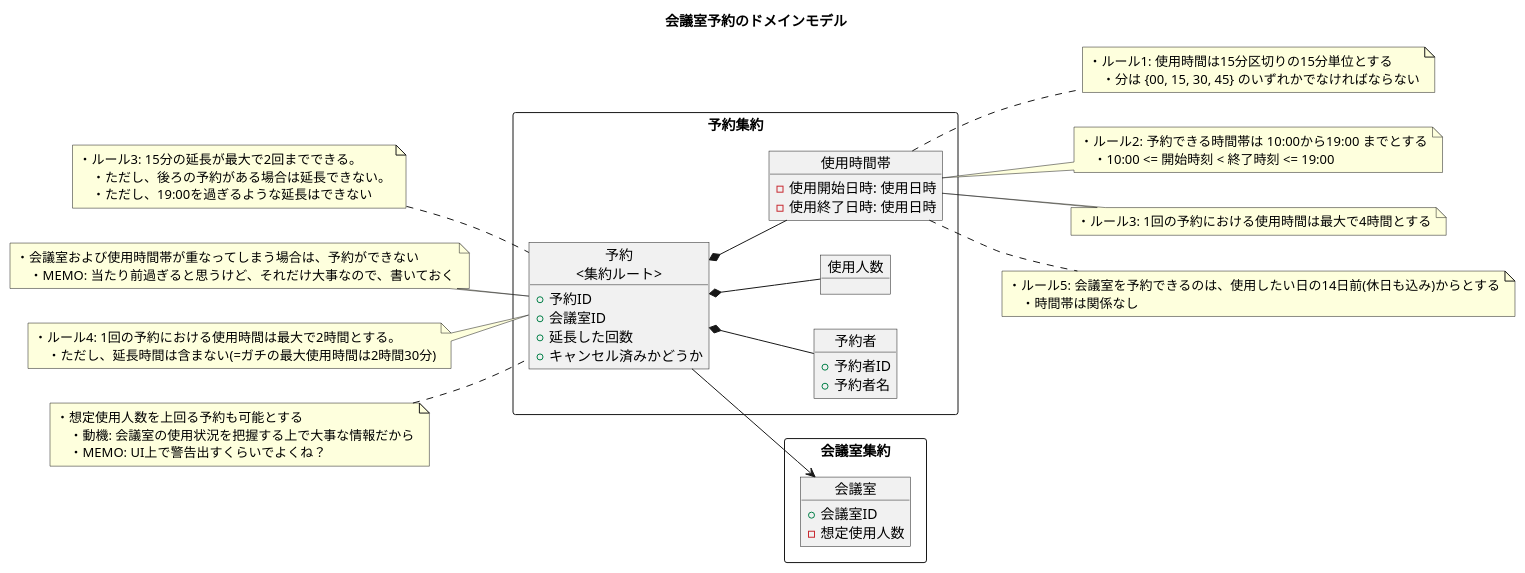
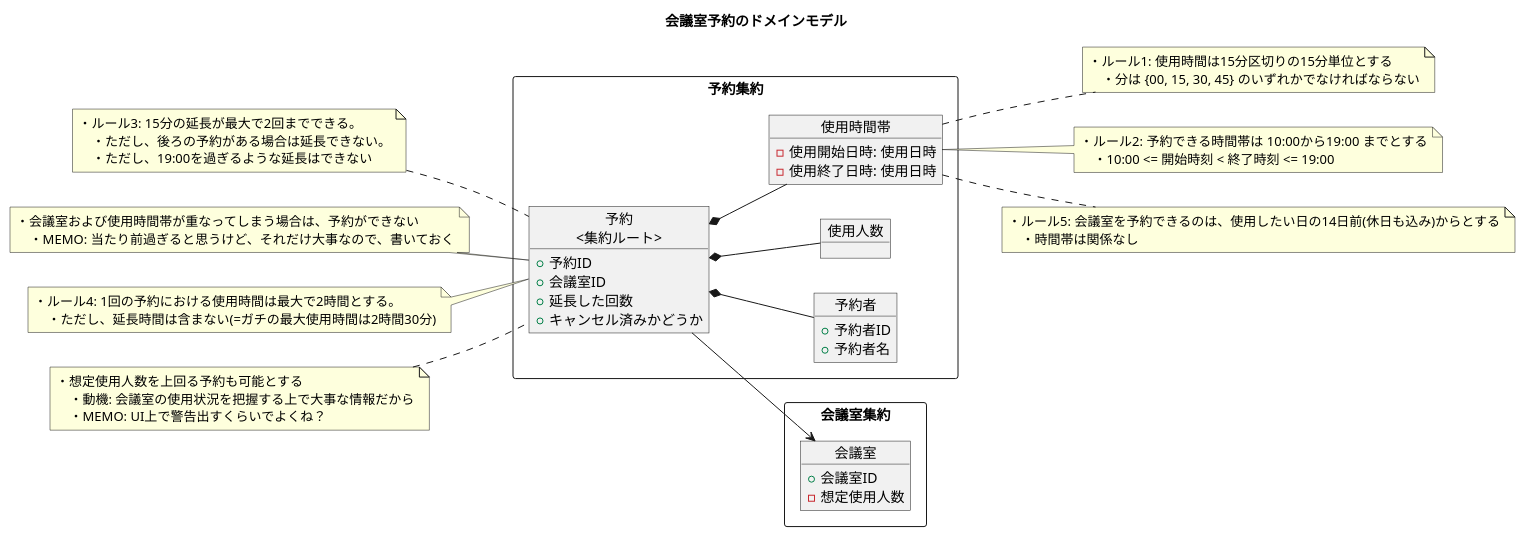
The diagram in diagram/ドメインモデル.puml (ModelingKai/meeting-room-python), drawn with PlantUML before and after one commit. The commit also changed 6 other files, not shown here.

```diff
--- a/diagram/ドメインモデル.puml
+++ b/diagram/ドメインモデル.puml
@@ -1,91 +1,88 @@
 @startuml
 
 title 会議室予約のドメインモデル
 
 left to right direction
 
 
 rectangle 予約集約 {
     object "予約\n<集約ルート>" as c1 {
         + 予約ID
         + 会議室ID
         + 延長した回数
         + キャンセル済みかどうか
     }
 
     object 予約者 {
         + 予約者ID
         + 予約者名
     }
 
     object 使用人数 {
     }
 
     object 使用時間帯 {
         - 使用開始日時: 使用日時
         - 使用終了日時: 使用日時
     }
 }
 
 
 rectangle 会議室集約 {
     object 会議室 {
         + 会議室ID
         - 想定使用人数
     }
 }
 
 
 c1 --> 会議室
 c1 *-- 予約者
 c1 *-- 使用人数
 c1 *-- 使用時間帯
 
 ' ===== 予約 =====
 note left of c1
 ・ルール3: 15分の延長が最大で2回までできる。
     ・ただし、後ろの予約がある場合は延長できない。
     ・ただし、19:00を過ぎるような延長はできない
 end note
 
 note left of c1
 ・会議室および使用時間帯が重なってしまう場合は、予約ができない
     ・MEMO: 当たり前過ぎると思うけど、それだけ大事なので、書いておく
 end note
 
 note left of c1
 ・ルール4: 1回の予約における使用時間は最大で2時間とする。
     ・ただし、延長時間は含まない(=ガチの最大使用時間は2時間30分)
 end note
 
 note left of c1
 ・想定使用人数を上回る予約も可能とする
     ・動機: 会議室の使用状況を把握する上で大事な情報だから
     ・MEMO: UI上で警告出すくらいでよくね？
 end note
 
 ' ===== 使用時間帯 =====
 note right of 使用時間帯
 ・ルール1: 使用時間は15分区切りの15分単位とする
     ・分は {00, 15, 30, 45} のいずれかでなければならない
 end note
 
 note right of 使用時間帯
 ・ルール2: 予約できる時間帯は 10:00から19:00 までとする
     ・10:00 <= 開始時刻 < 終了時刻 <= 19:00
 end note
 
-note right of 使用時間帯
-・ルール3: 1回の予約における使用時間は最大で4時間とする
-end note
 
 note right of 使用時間帯
 ・ルール5: 会議室を予約できるのは、使用したい日の14日前(休日も込み)からとする
     ・時間帯は関係なし
 end note
 
 
 
 
 
 @enduml
```
